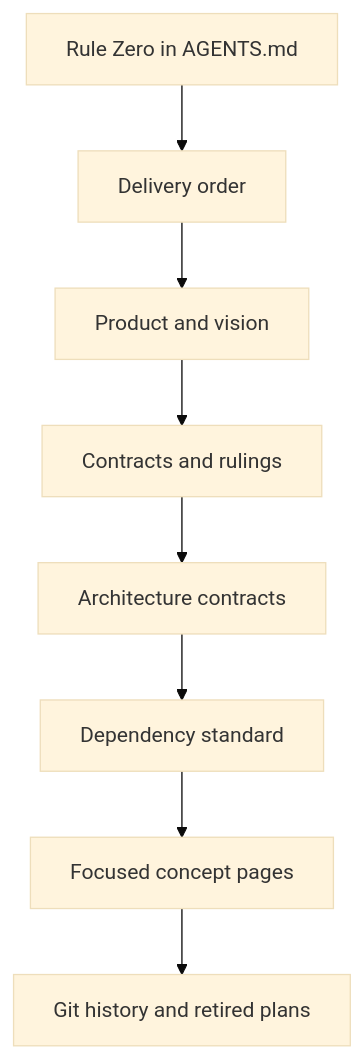
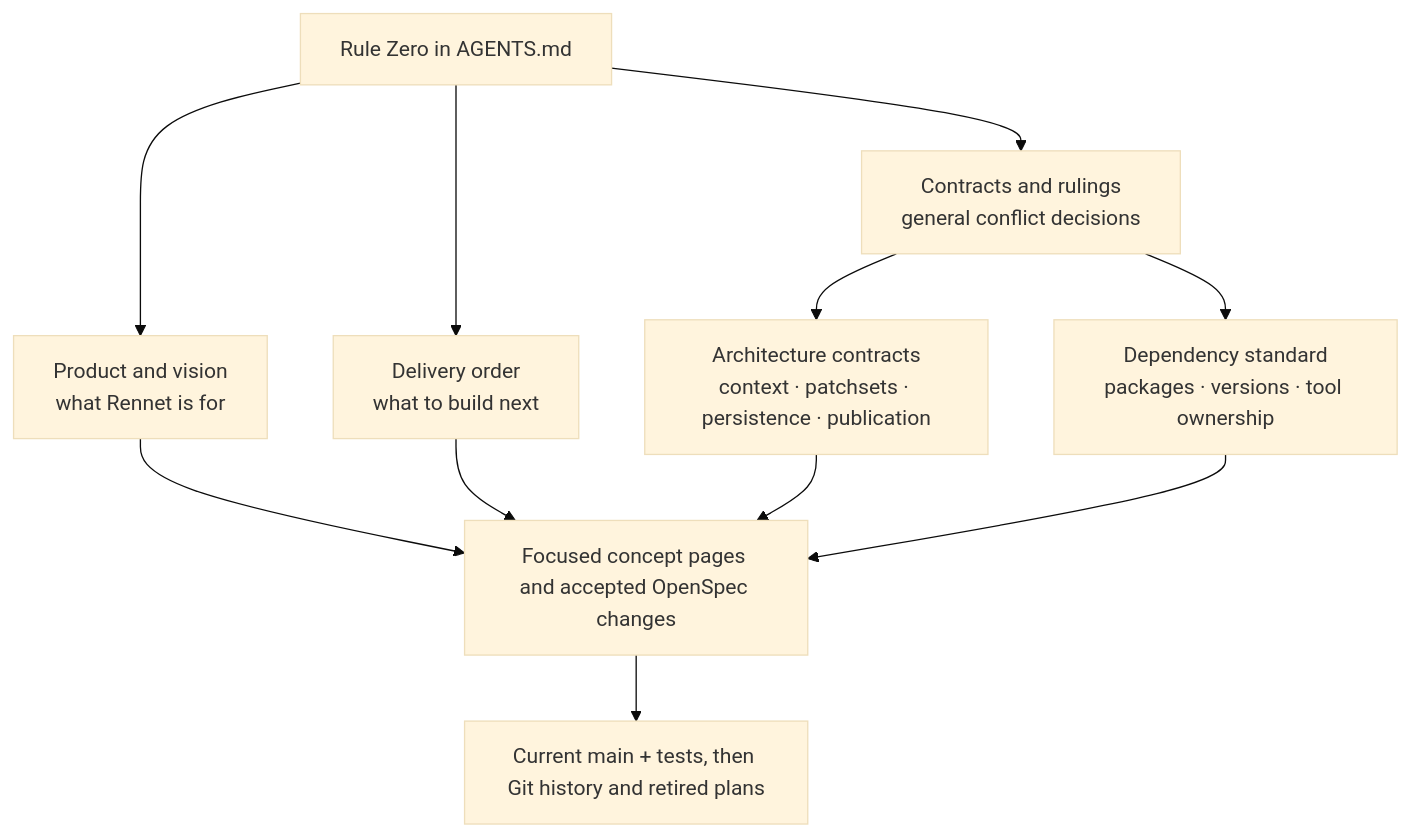
The diagram in docs/src/content/docs/developing/reference/doc-architecture.md (rbutera/Rennet), drawn with Mermaid (base theme) before and after one commit. The commit also changed other lines of this file and 26 other files, not shown here.

````diff
--- a/docs/src/content/docs/developing/reference/doc-architecture.md
+++ b/docs/src/content/docs/developing/reference/doc-architecture.md
@@ -12,10 +19,22 @@
 ```mermaid
-flowchart TD
-  rule0["Rule Zero in AGENTS.md"] --> delivery[Delivery order]
-  delivery --> vision[Product and vision]
-  vision --> rulings[Contracts and rulings]
-  rulings --> architecture[Architecture contracts]
-  architecture --> dependencies[Dependency standard]
-  dependencies --> concepts[Focused concept pages]
-  concepts --> history[Git history and retired plans]
+flowchart TB
+  rule0["Rule Zero in AGENTS.md"]
+  vision["Product and vision<br/>what Rennet is for"]
+  delivery["Delivery order<br/>what to build next"]
+  rulings["Contracts and rulings<br/>general conflict decisions"]
+  architecture["Architecture contracts<br/>context · patchsets · persistence · publication"]
+  dependencies["Dependency standard<br/>packages · versions · tool ownership"]
+  concepts["Focused concept pages and accepted OpenSpec changes"]
+  history["Current main + tests, then Git history and retired plans"]
+
+  rule0 --> vision
+  rule0 --> delivery
+  rule0 --> rulings
+  rulings --> architecture
+  rulings --> dependencies
+  vision --> concepts
+  delivery --> concepts
+  architecture --> concepts
+  dependencies --> concepts
+  concepts --> history
 ```
````
